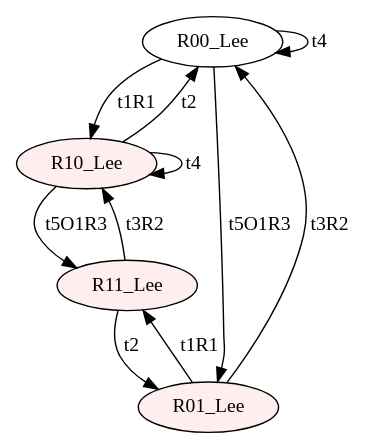
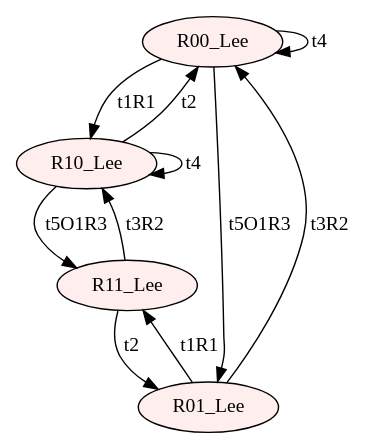
One commit to Stefano-BS/Explanatory-Diagnosis changed the diagram in input/r_SC.dot. Above: the diagram before and after it, drawn with Graphviz. The commit also changed 30 other files, not shown here.

```diff
--- a/input/r_SC.dot
+++ b/input/r_SC.dot
@@ -1,16 +1,16 @@
 digraph "SCinput/r" {
-node [fillcolor="#FFFFFF"]; R00_Lee ;
+node [style=filled fillcolor="#FFEEEE"]; R00_Lee ;
 node [style=filled fillcolor="#FFEEEE"]; R10_Lee ;
 node [style=filled fillcolor="#FFEEEE"]; R11_Lee ;
 node [style=filled fillcolor="#FFEEEE"]; R01_Lee ;
 R00_Lee -> R01_Lee [label=t5O1R3]
 R00_Lee -> R00_Lee [label=t4]
 R00_Lee -> R10_Lee [label=t1R1]
 R10_Lee -> R11_Lee [label=t5O1R3]
 R10_Lee -> R10_Lee [label=t4]
 R10_Lee -> R00_Lee [label=t2]
 R11_Lee -> R10_Lee [label=t3R2]
 R11_Lee -> R01_Lee [label=t2]
 R01_Lee -> R00_Lee [label=t3R2]
 R01_Lee -> R11_Lee [label=t1R1]
 }
```
